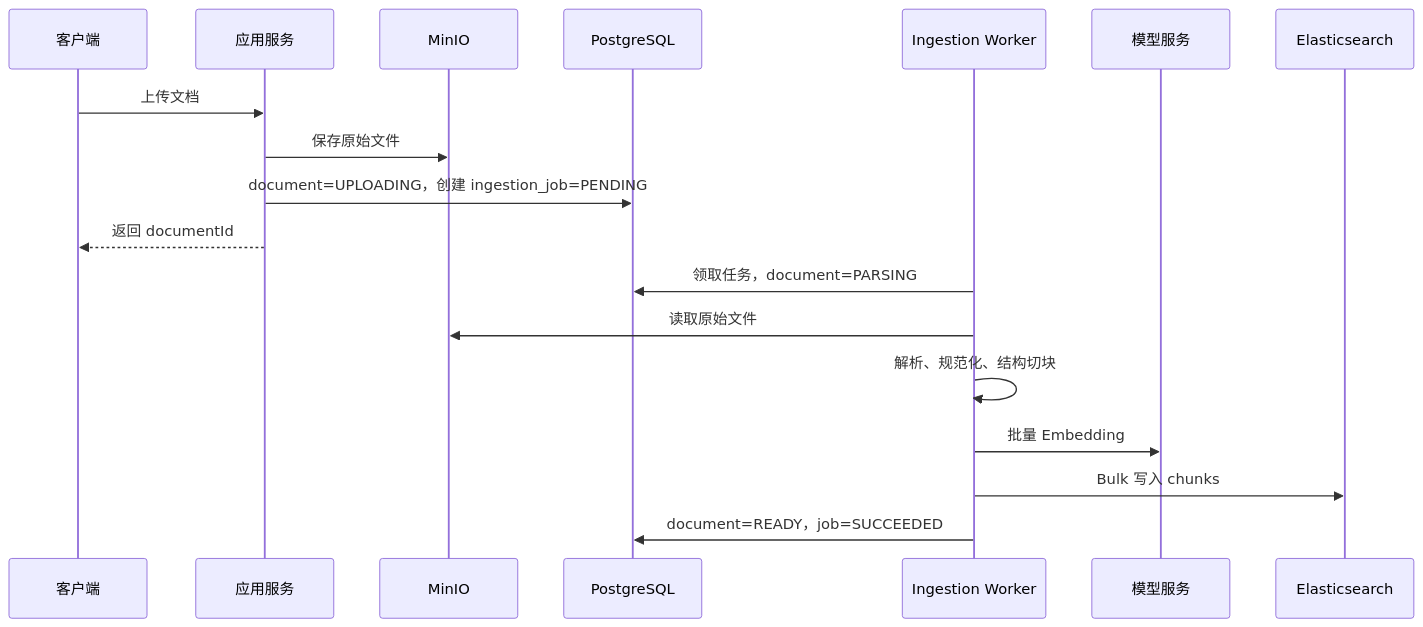
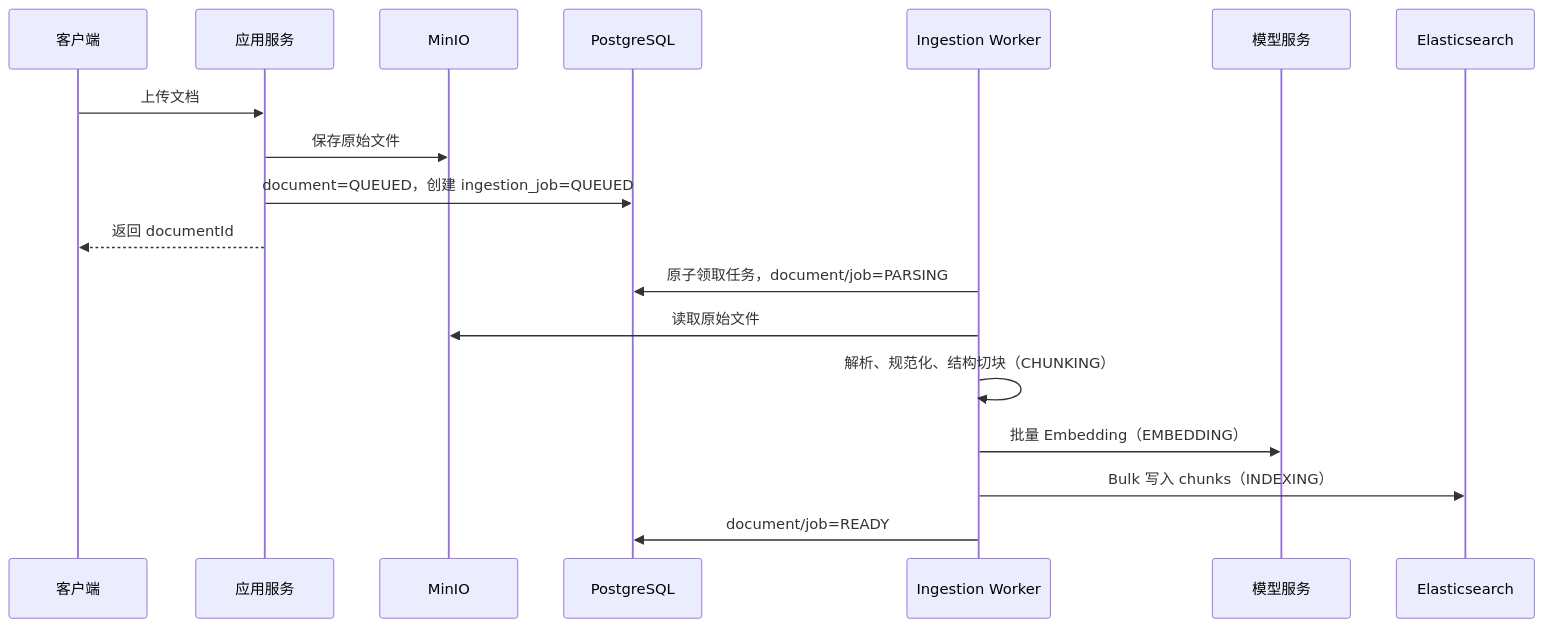
Before and after one commit to Kivi1998/rag-kb: the second of 3 diagrams in docs/自研RAG核心重构架构设计.md, drawn with Mermaid. The commit also changed other lines of this file and 1 other file, not shown here.

Commit message:
docs: 补充自研 RAG 摄取部署验收手册

````diff
--- a/docs/自研RAG核心重构架构设计.md
+++ b/docs/自研RAG核心重构架构设计.md
@@ -177,21 +177,21 @@
 ```mermaid
 sequenceDiagram
   participant C as 客户端
   participant A as 应用服务
   participant O as MinIO
   participant P as PostgreSQL
   participant W as Ingestion Worker
   participant E as 模型服务
   participant S as Elasticsearch
 
   C->>A: 上传文档
   A->>O: 保存原始文件
-  A->>P: document=UPLOADING，创建 ingestion_job=PENDING
+  A->>P: document=QUEUED，创建 ingestion_job=QUEUED
   A-->>C: 返回 documentId
-  W->>P: 领取任务，document=PARSING
+  W->>P: 原子领取任务，document/job=PARSING
   W->>O: 读取原始文件
-  W->>W: 解析、规范化、结构切块
-  W->>E: 批量 Embedding
-  W->>S: Bulk 写入 chunks
-  W->>P: document=READY，job=SUCCEEDED
+  W->>W: 解析、规范化、结构切块（CHUNKING）
+  W->>E: 批量 Embedding（EMBEDDING）
+  W->>S: Bulk 写入 chunks（INDEXING）
+  W->>P: document/job=READY
 ```
````
